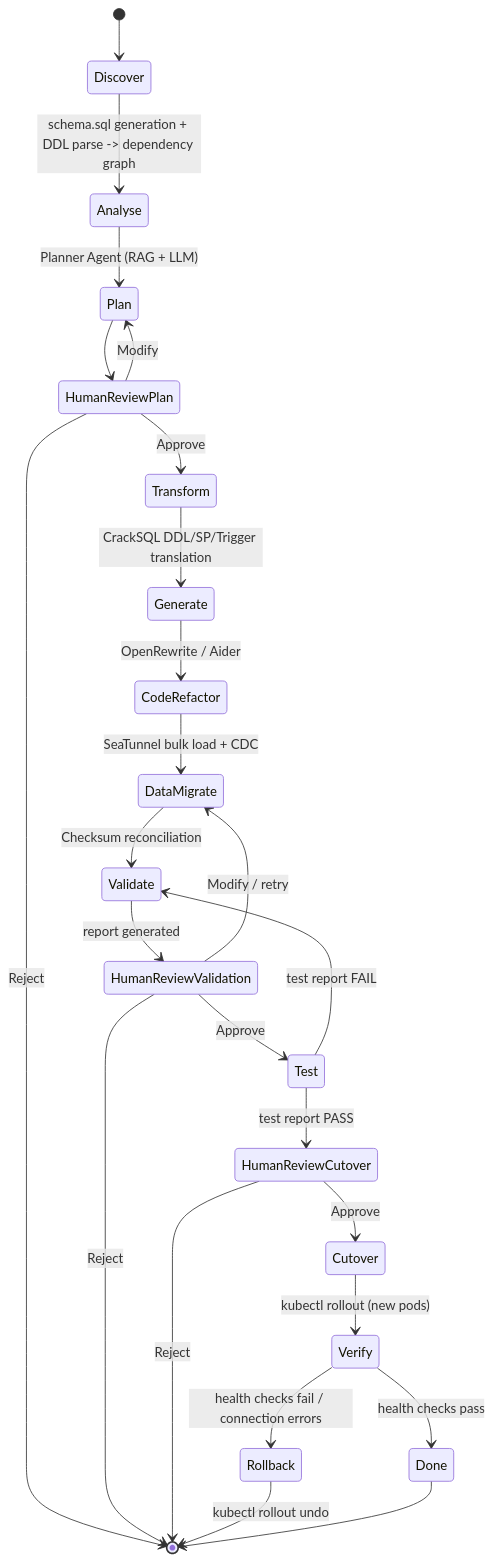
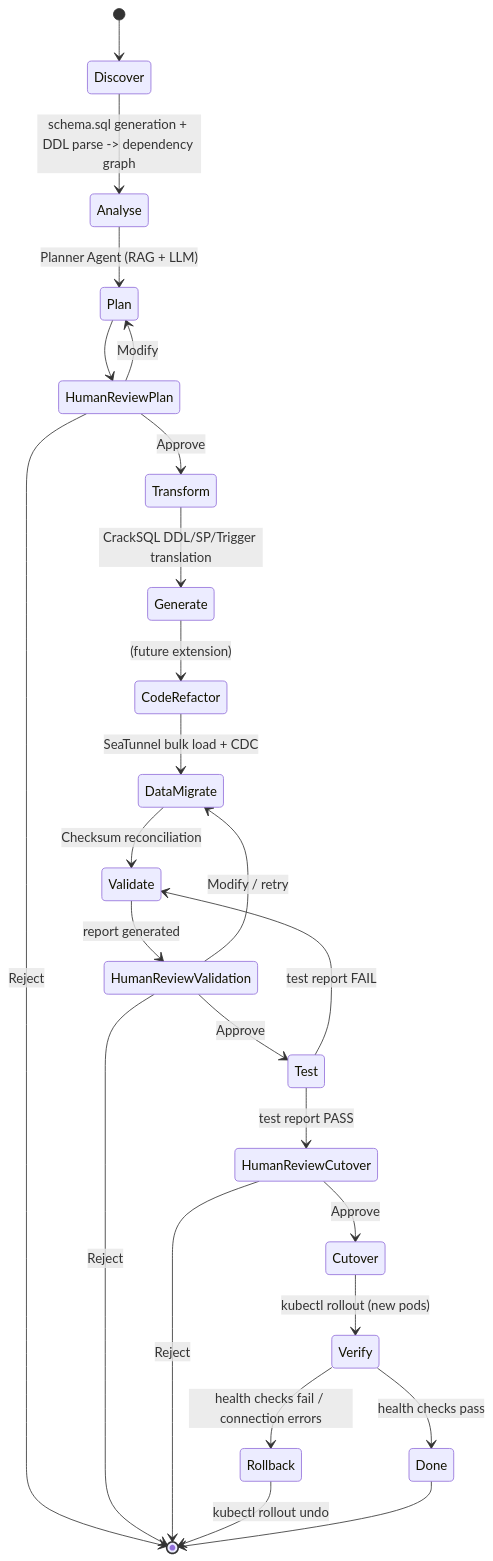
The fourth of 17 diagrams in docs/architecture.md (dev-patel-ness/Agentic-AI-Database-Migration), drawn with Mermaid before and after one commit. The commit also changed other lines of this file and 10 other files, not shown here.

````diff
--- a/docs/architecture.md
+++ b/docs/architecture.md
@@ -285,35 +281,35 @@
 ```mermaid
 stateDiagram-v2
     [*] --> Discover
     Discover --> Analyse: schema.sql generation + DDL parse -> dependency graph
     Analyse --> Plan: Planner Agent (RAG + LLM)
     Plan --> HumanReviewPlan
 
     HumanReviewPlan --> Transform: Approve
     HumanReviewPlan --> Plan: Modify
     HumanReviewPlan --> [*]: Reject
 
     Transform --> Generate: CrackSQL DDL/SP/Trigger translation
-    Generate --> CodeRefactor: OpenRewrite / Aider
+    Generate --> CodeRefactor: (future extension)
     CodeRefactor --> DataMigrate: SeaTunnel bulk load + CDC
 
     DataMigrate --> Validate: Checksum reconciliation
     Validate --> HumanReviewValidation: report generated
 
     HumanReviewValidation --> Test: Approve
     HumanReviewValidation --> DataMigrate: Modify / retry
     HumanReviewValidation --> [*]: Reject
 
     Test --> HumanReviewCutover: test report PASS
     Test --> Validate: test report FAIL
 
     HumanReviewCutover --> Cutover: Approve
     HumanReviewCutover --> [*]: Reject
 
     Cutover --> Verify: kubectl rollout (new pods)
     Verify --> Done: health checks pass
     Verify --> Rollback: health checks fail / connection errors
 
     Rollback --> [*]: kubectl rollout undo
     Done --> [*]
 ```
````
